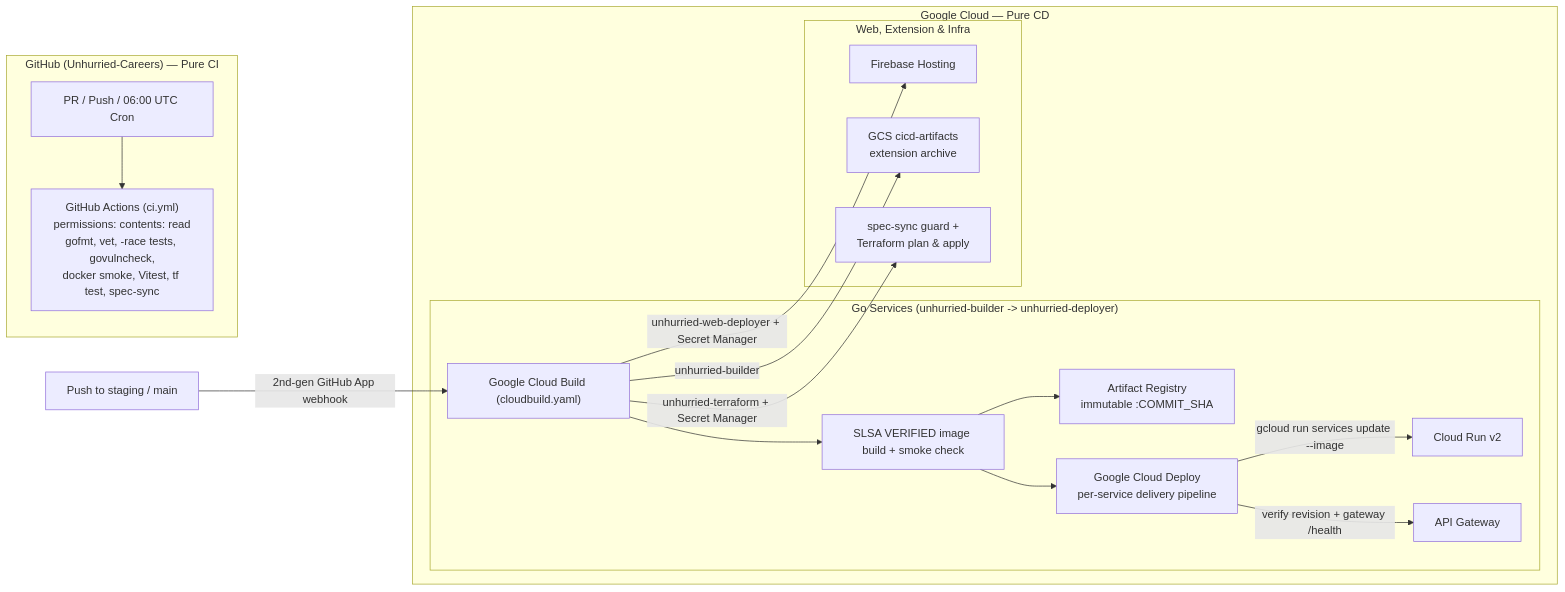
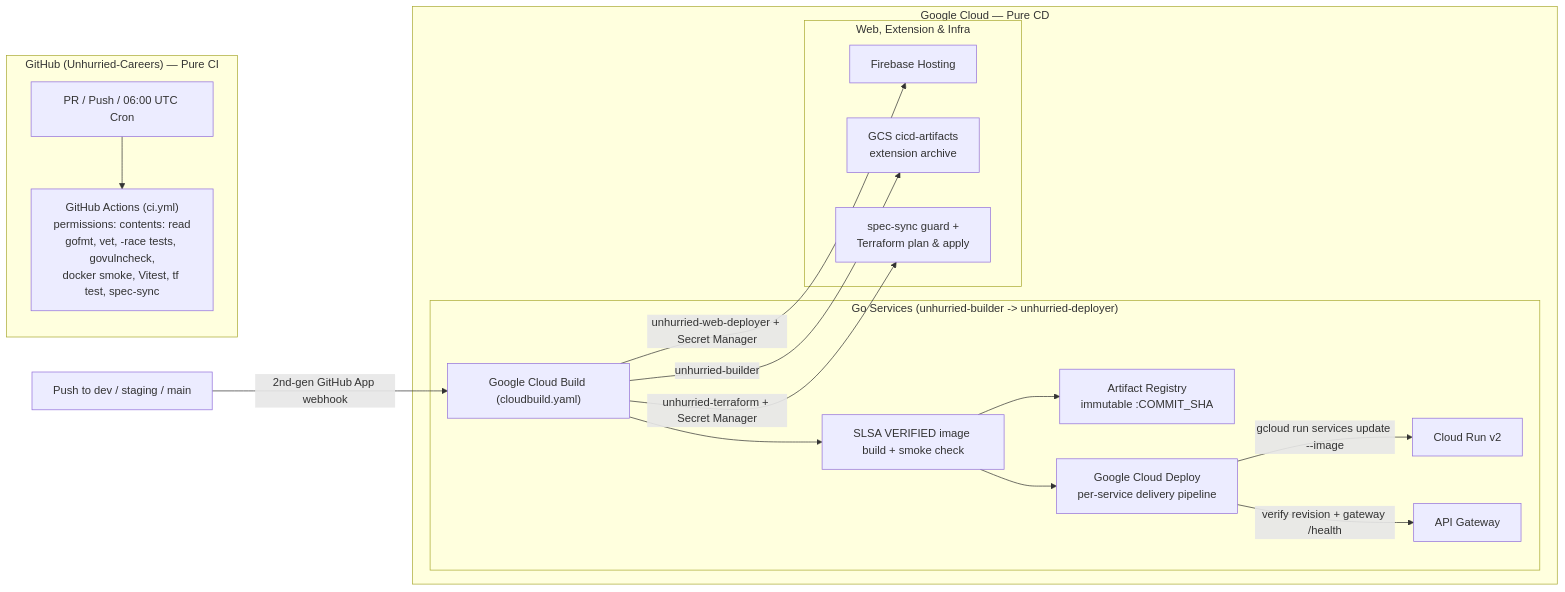
Before and after one commit to Unhurried-Careers/unhurried-product: the diagram in docs/ci-cd.md, drawn with Mermaid. The commit also changed other lines of this file and 5 other files, not shown here.

First line of the commit message:
Promotion criteria for dev to staging and staging to production

````diff
--- a/docs/ci-cd.md
+++ b/docs/ci-cd.md
@@ -24,24 +24,24 @@
 ```mermaid
 flowchart LR
   subgraph GitHub["GitHub (Unhurried-Careers) — Pure CI"]
     PR["PR / Push / 06:00 UTC Cron"] --> GHA["GitHub Actions (ci.yml)<br/>permissions: contents: read<br/>gofmt, vet, -race tests, govulncheck,<br/>docker smoke, Vitest, tf test, spec-sync"]
   end
 
-  GH_PUSH["Push to staging / main"] -->|2nd-gen GitHub App webhook| CB["Google Cloud Build (cloudbuild.yaml)"]
+  GH_PUSH["Push to dev / staging / main"] -->|2nd-gen GitHub App webhook| CB["Google Cloud Build (cloudbuild.yaml)"]
 
   subgraph GCP_CD["Google Cloud — Pure CD"]
     subgraph Service_CD["Go Services (unhurried-builder -> unhurried-deployer)"]
       CB --> B1["SLSA VERIFIED image build + smoke check"]
       B1 --> AR["Artifact Registry<br/>immutable :COMMIT_SHA"]
       B1 --> CD["Google Cloud Deploy<br/>per-service delivery pipeline"]
       CD -->|gcloud run services update --image| CR["Cloud Run v2"]
       CD -->|verify revision + gateway /health| GW["API Gateway"]
     end
 
     subgraph Web_Infra["Web, Extension & Infra"]
       CB -->|unhurried-web-deployer + Secret Manager| FH["Firebase Hosting"]
       CB -->|unhurried-builder| GCS["GCS cicd-artifacts<br/>extension archive"]
       CB -->|unhurried-terraform + Secret Manager| TF["spec-sync guard +<br/>Terraform plan & apply"]
     end
   end
 ```
````
